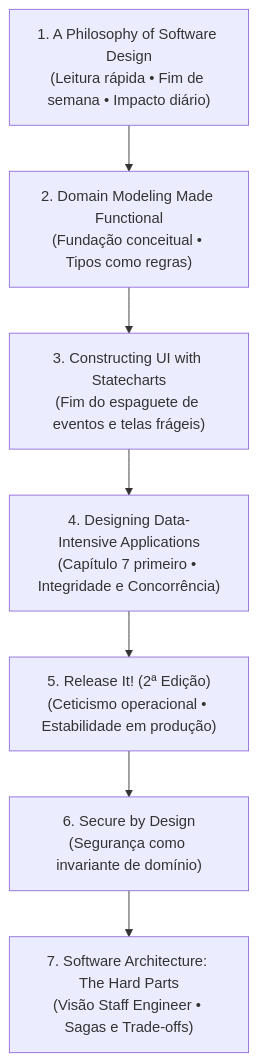
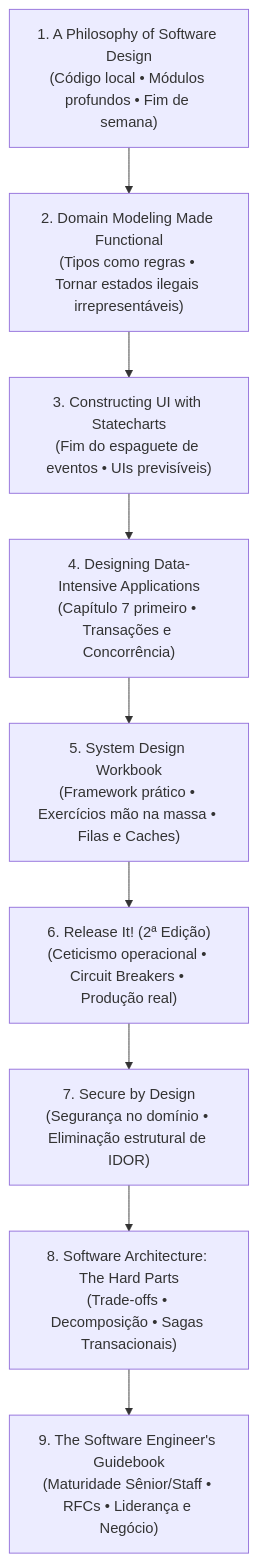
Before and after one commit to eduardorwll/insta-auto-panel: the diagram in docs/guides/recursos-formacao-engenharia.md, drawn with Mermaid. The commit also changed other lines of this file, not shown here.

Commit message:
docs(guides): integrar livros do reel (System Design Workbook e The Software Engineer's Guidebook) ao curriculo

````diff
--- a/docs/guides/recursos-formacao-engenharia.md
+++ b/docs/guides/recursos-formacao-engenharia.md
@@ -230,9 +295,11 @@
 ```mermaid
 flowchart TD
-    A["1. A Philosophy of Software Design<br/>(Leitura rápida • Fim de semana • Impacto diário)"] --> B["2. Domain Modeling Made Functional<br/>(Fundação conceitual • Tipos como regras)"]
-    B --> C["3. Constructing UI with Statecharts<br/>(Fim do espaguete de eventos e telas frágeis)"]
-    C --> D["4. Designing Data-Intensive Applications<br/>(Capítulo 7 primeiro • Integridade e Concorrência)"]
-    D --> E["5. Release It! (2ª Edição)<br/>(Ceticismo operacional • Estabilidade em produção)"]
-    E --> F["6. Secure by Design<br/>(Segurança como invariante de domínio)"]
-    F --> G["7. Software Architecture: The Hard Parts<br/>(Visão Staff Engineer • Sagas e Trade-offs)"]
+    A["1. A Philosophy of Software Design<br/>(Código local • Módulos profundos • Fim de semana)"] --> B["2. Domain Modeling Made Functional<br/>(Tipos como regras • Tornar estados ilegais irrepresentáveis)"]
+    B --> C["3. Constructing UI with Statecharts<br/>(Fim do espaguete de eventos • UIs previsíveis)"]
+    C --> D["4. Designing Data-Intensive Applications<br/>(Capítulo 7 primeiro • Transações e Concorrência)"]
+    D --> E["5. System Design Workbook<br/>(Framework prático • Exercícios mão na massa • Filas e Caches)"]
+    E --> F["6. Release It! (2ª Edição)<br/>(Ceticismo operacional • Circuit Breakers • Produção real)"]
+    F --> G["7. Secure by Design<br/>(Segurança no domínio • Eliminação estrutural de IDOR)"]
+    G --> H["8. Software Architecture: The Hard Parts<br/>(Trade-offs • Decomposição • Sagas Transacionais)"]
+    H --> I["9. The Software Engineer's Guidebook<br/>(Maturidade Sênior/Staff • RFCs • Liderança e Negócio)"]
 ```
````
